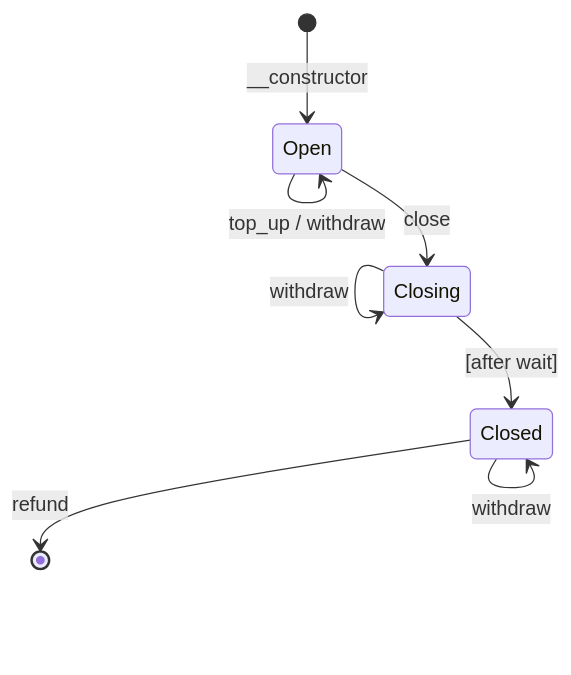
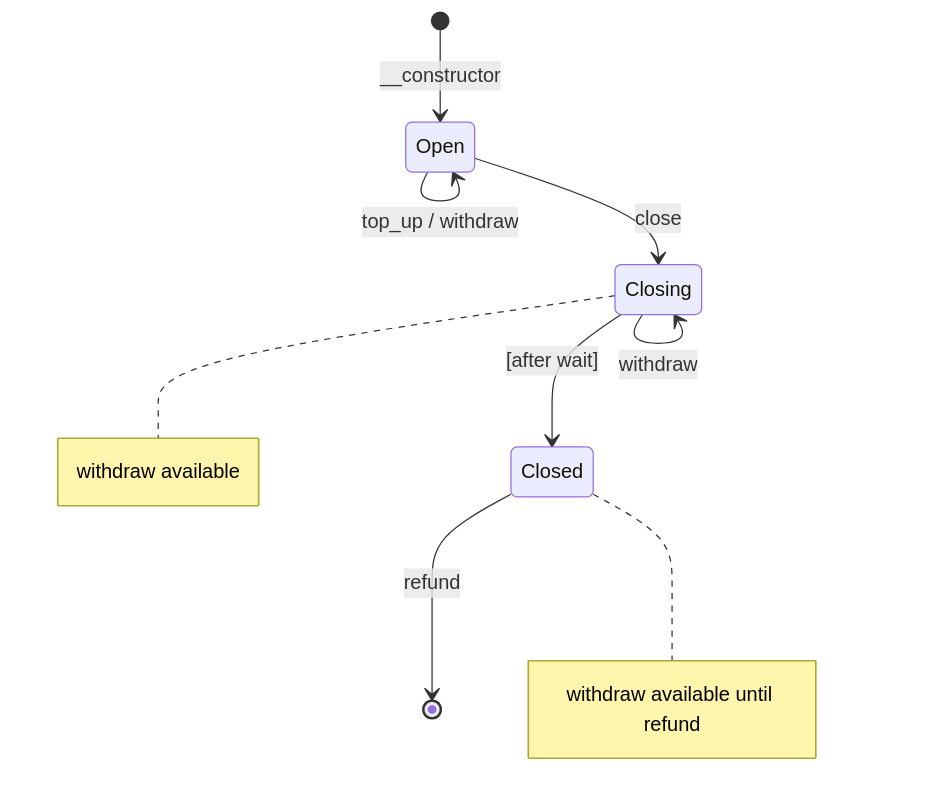
The diagram in README.md (stellar-experimental/one-way-channel), drawn with Mermaid before and after one commit.

Commit message:
add state diagram notes for withdraw availability

````diff
--- a/README.md
+++ b/README.md
@@ -26,13 +26,19 @@
 ```mermaid
 stateDiagram-v2
     [*] --> Open: __constructor
 
     Open --> Open: top_up / withdraw
     Open --> Closing: close
 
     Closing --> Closing: withdraw
     Closing --> Closed: [after wait]
 
-    Closed --> Closed: withdraw
     Closed --> [*]: refund
+
+    note right of Closing
+        withdraw available
+    end note
+    note right of Closed
+        withdraw available until refund
+    end note
 ```
````
